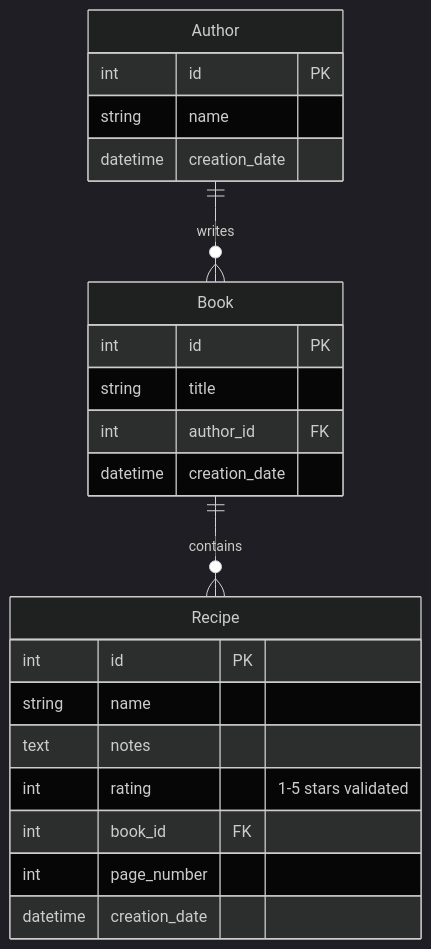
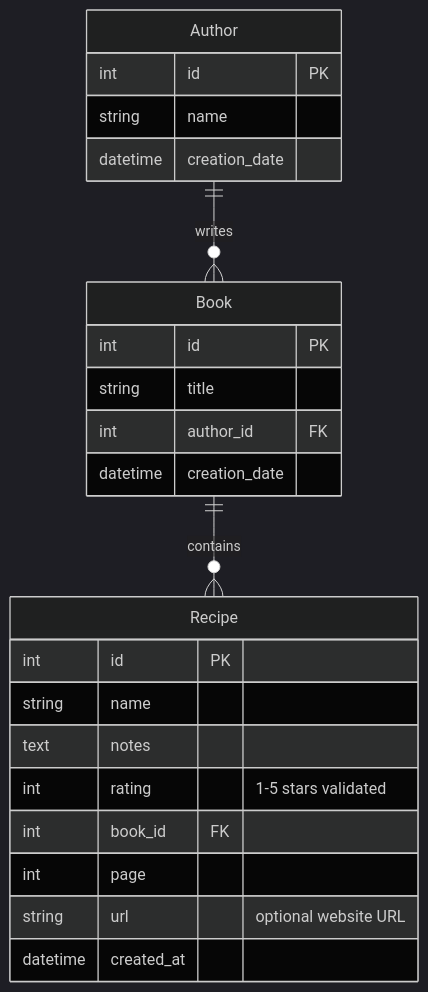
Before and after one commit to mongeon/RecettesIndex: the diagram in docs/API.md, drawn with Mermaid (dark theme). The commit also changed other lines of this file and 9 other files, not shown here.

Commit message:
feat: Add URL/website source support for recipes

````diff
--- a/docs/API.md
+++ b/docs/API.md
@@ -112,28 +118,29 @@
 ```mermaid
 erDiagram
     Author ||--o{ Book : "writes"
     Book ||--o{ Recipe : "contains"
     
     Author {
         int id PK
         string name
         datetime creation_date
     }
     
     Book {
         int id PK
         string title
         int author_id FK
         datetime creation_date
     }
     
     Recipe {
         int id PK
         string name
         text notes
         int rating "1-5 stars validated"
         int book_id FK
-        int page_number
-        datetime creation_date
+        int page
+        string url "optional website URL"
+        datetime created_at
     }
 ```
````
